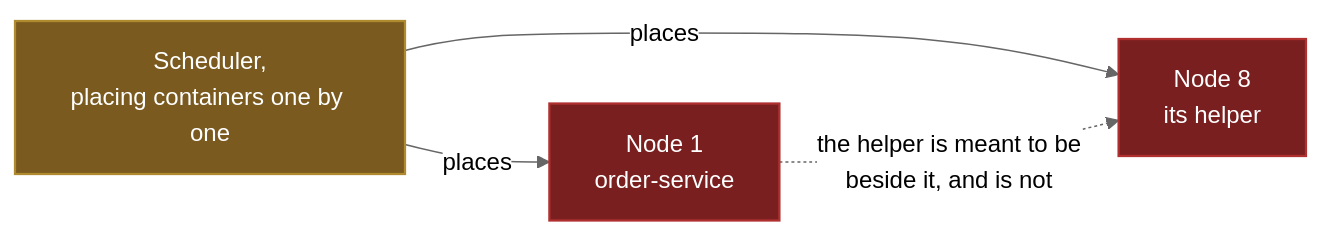
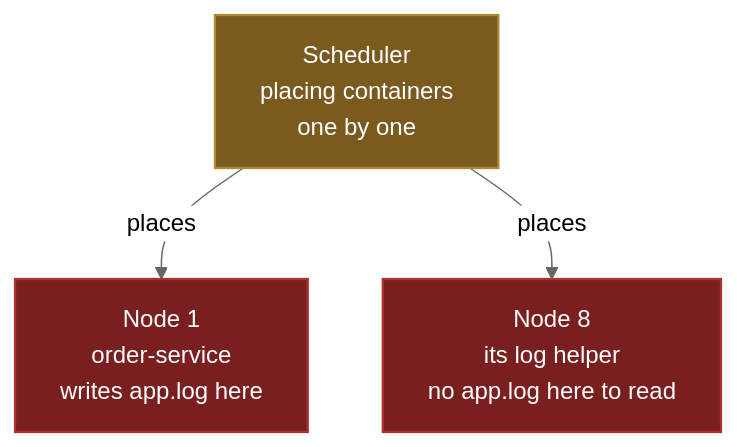
Before and after one commit to Dummy-Bug/Devops: the second of 5 diagrams in 08-Kubernetes/03-Pods.md, drawn with Mermaid (neutral theme). The commit also changed other lines of this file and 13 other files, not shown here.

````diff
--- a/08-Kubernetes/03-Pods.md
+++ b/08-Kubernetes/03-Pods.md
@@ -21,10 +55,9 @@
 ```mermaid
-flowchart LR
-    S["Scheduler,<br/>placing containers one by one"] -->|"places"| N1["Node 1<br/>order-service"]
-    S -->|"places"| N8["Node 8<br/>its helper"]
-    N1 -.->|"the helper is meant to be<br/>beside it, and is not"| N8
+flowchart TD
+    S["Scheduler<br/>placing containers<br/>one by one"] -->|"places"| N1["Node 1<br/>order-service<br/>writes app.log here"]
+    S -->|"places"| N8["Node 8<br/>its log helper<br/>no app.log here to read"]
     classDef broken fill:#7a1f1f,stroke:#b03030,stroke-width:1.5px,color:#fff
     classDef step fill:#7a5a1f,stroke:#b08a2e,stroke-width:1.5px,color:#fff
     class S step
     class N1,N8 broken
 ```
````
